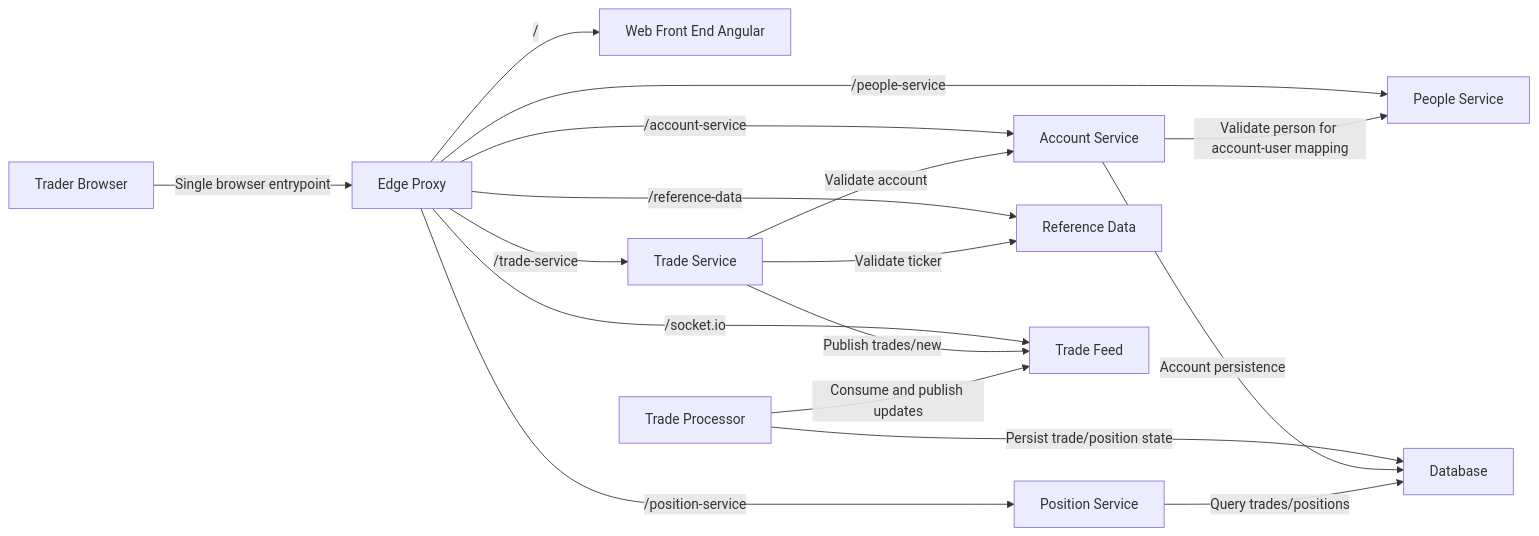
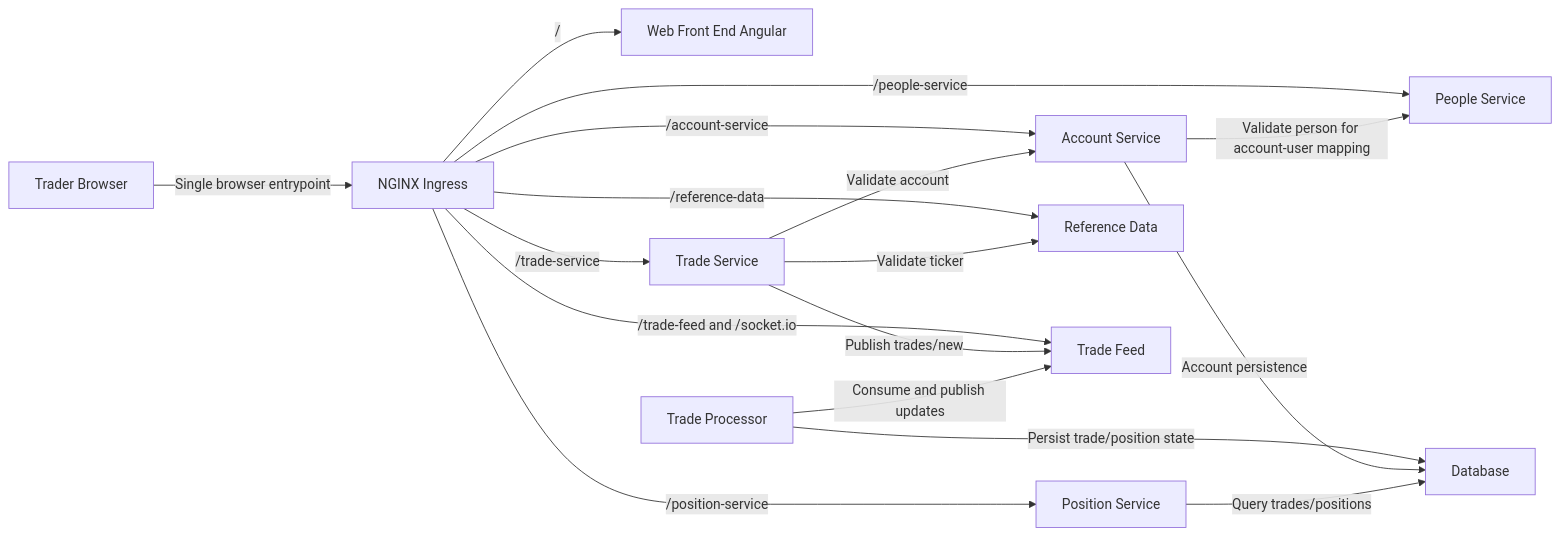
The diagram in docs/learning/component-diagram.md (finos/traderX), drawn with Mermaid before and after one commit. The commit also changed other lines of this file and 49 other files, not shown here.

````diff
--- a/docs/learning/component-diagram.md
+++ b/docs/learning/component-diagram.md
@@ -5,31 +5,31 @@
 ```mermaid
 flowchart LR
   trader["Trader Browser"]
-  edge["Edge Proxy"]
+  ingress["NGINX Ingress"]
   web["Web Front End Angular"]
   account["Account Service"]
   position["Position Service"]
   tradeService["Trade Service"]
   referenceData["Reference Data"]
   people["People Service"]
   tradeFeed["Trade Feed"]
   tradeProcessor["Trade Processor"]
   database["Database"]
 
-  trader -->|Single browser entrypoint| edge
-  edge -->|/| web
-  edge -->|/account-service| account
-  edge -->|/position-service| position
-  edge -->|/trade-service| tradeService
-  edge -->|/reference-data| referenceData
-  edge -->|/people-service| people
-  edge -->|/socket.io| tradeFeed
+  trader -->|Single browser entrypoint| ingress
+  ingress -->|/| web
+  ingress -->|/account-service| account
+  ingress -->|/position-service| position
+  ingress -->|/trade-service| tradeService
+  ingress -->|/reference-data| referenceData
+  ingress -->|/people-service| people
+  ingress -->|/trade-feed and /socket.io| tradeFeed
   tradeService -->|Validate account| account
   tradeService -->|Validate ticker| referenceData
   tradeService -->|Publish trades/new| tradeFeed
   tradeProcessor -->|Consume and publish updates| tradeFeed
   tradeProcessor -->|Persist trade/position state| database
-  account -->|Validate person for account-user mapping| people
   account -->|Account persistence| database
   position -->|Query trades/positions| database
+  account -->|Validate person for account-user mapping| people
 ```
````
